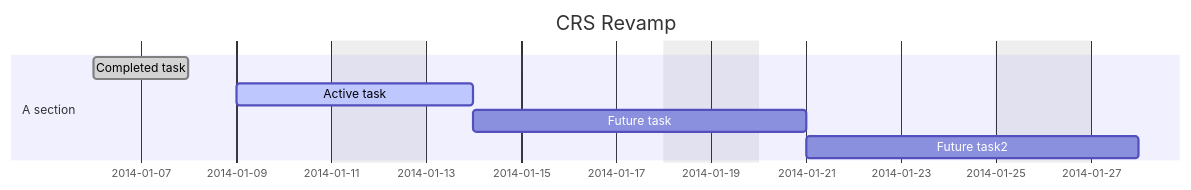
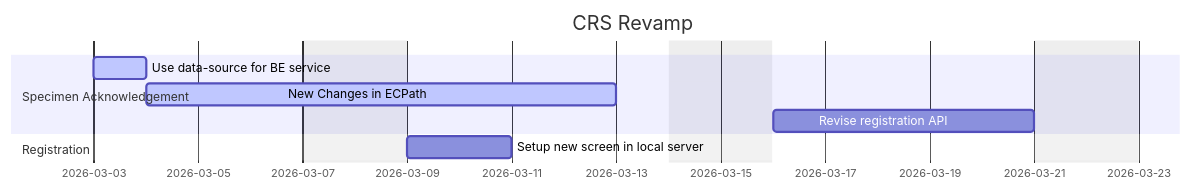
Before and after one commit to DragonChong/HA-Notes: the diagram in LIS/Project Plans/CRS Revamp.md, drawn with Mermaid.

Commit message:
vault backup: 2026-03-04 15:21:01

````diff
--- a/LIS/Project Plans/CRS Revamp.md
+++ b/LIS/Project Plans/CRS Revamp.md
@@ -2,14 +2,15 @@
 ```mermaid
 gantt
-    dateFormat  YYYY-MM-DD
-    title       CRS Revamp
-    excludes    weekends
-    %% (`excludes` accepts specific dates in YYYY-MM-DD format, days of the week ("sunday") or "weekends", but not the word "weekdays".)
-
-    section A section
-    Completed task            :done,    des1, 2014-01-06,2014-01-08
-    Active task               :active,  des2, 2014-01-09, 3d
-    Future task               :         des3, after des2, 5d
-    Future task2              :         des4, after des3, 5d
-
+    dateFormat  YYYY-MM-DD
+    title       CRS Revamp
+    excludes    weekends
+    %% (`excludes` accepts specific dates in YYYY-MM-DD format, days of the week ("sunday") or "weekends", but not the word "weekdays".)
+    
+    section Specimen Acknowledgement
+    Use data-source for BE service      :active,  des1, 2026-03-03, 2026-03-04
+    New Changes in ECPath               :active,  des2, 2026-03-04, 7d
+    Revise registration API             :  des2, 2026-03-16, 5d
+    
+    section Registration
+    Setup new screen in local server    :         des1, 2026-03-09, 2d
 ```
````
